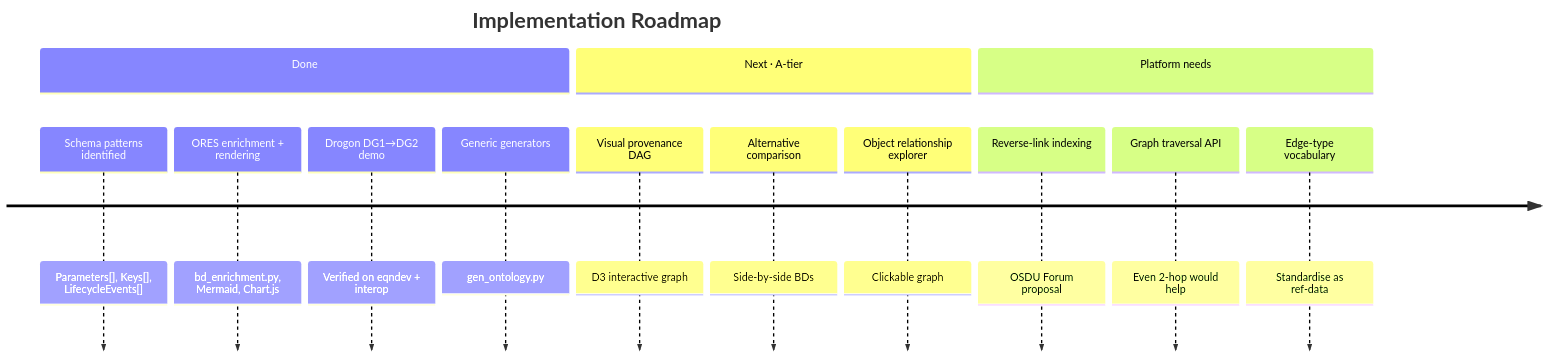
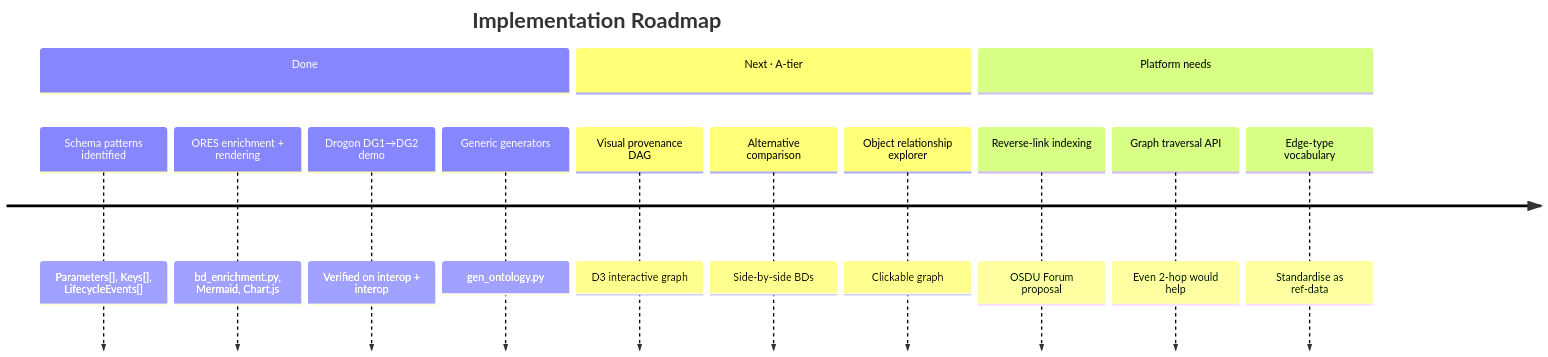
Before and after one commit to equinor/ores: the ninth of 11 diagrams in md/OsduBdOntology.md, drawn with Mermaid. The commit also changed other lines of this file and 800 other files, not shown here.

````diff
--- a/md/OsduBdOntology.md
+++ b/md/OsduBdOntology.md
@@ -451,17 +451,17 @@
 ```mermaid
 timeline
     title Implementation Roadmap
     section Done
         Schema patterns identified : Parameters[], Keys[], LifecycleEvents[]
         ORES enrichment + rendering : bd_enrichment.py, Mermaid, Chart.js
-        Drogon DG1→DG2 demo : Verified on eqndev + interop
+        Drogon DG1→DG2 demo : Verified on interop + interop
         Generic generators : gen_ontology.py
     section Next · A-tier
         Visual provenance DAG : D3 interactive graph
         Alternative comparison : Side-by-side BDs
         Object relationship explorer : Clickable graph
     section Platform needs
         Reverse-link indexing : OSDU Forum proposal
         Graph traversal API : Even 2-hop would help
         Edge-type vocabulary : Standardise as ref-data
 ```
````
